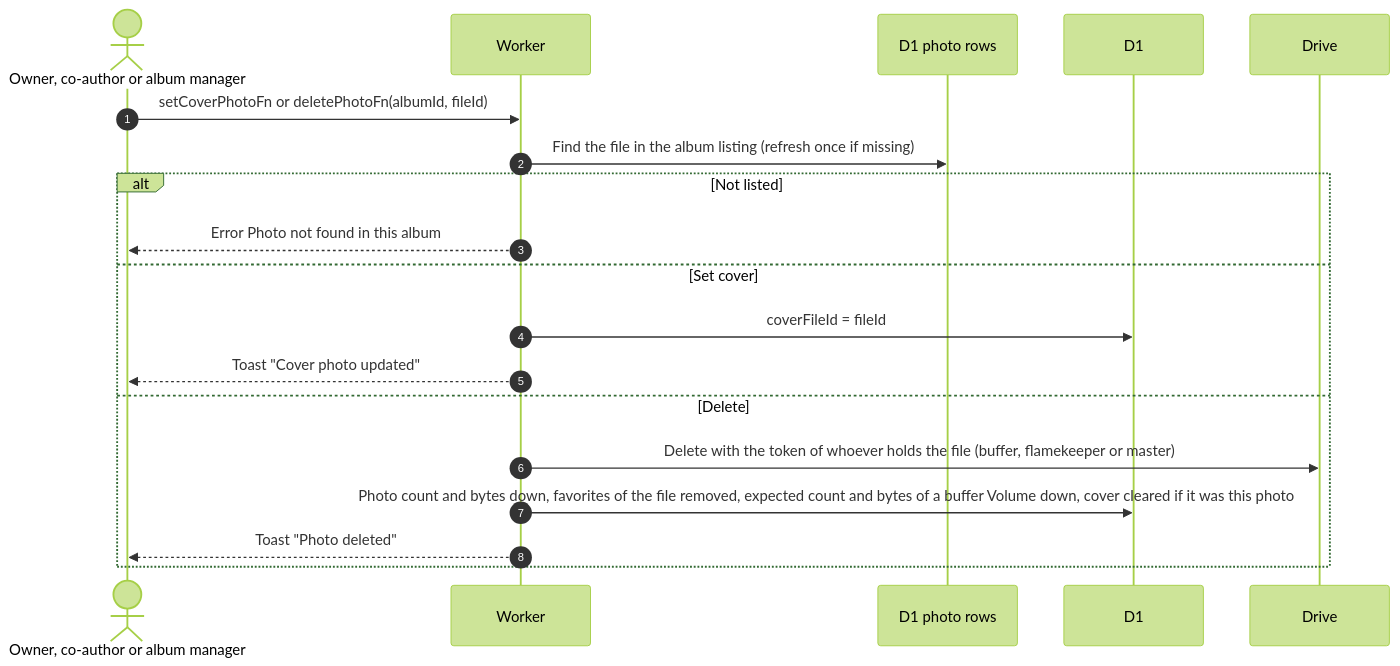
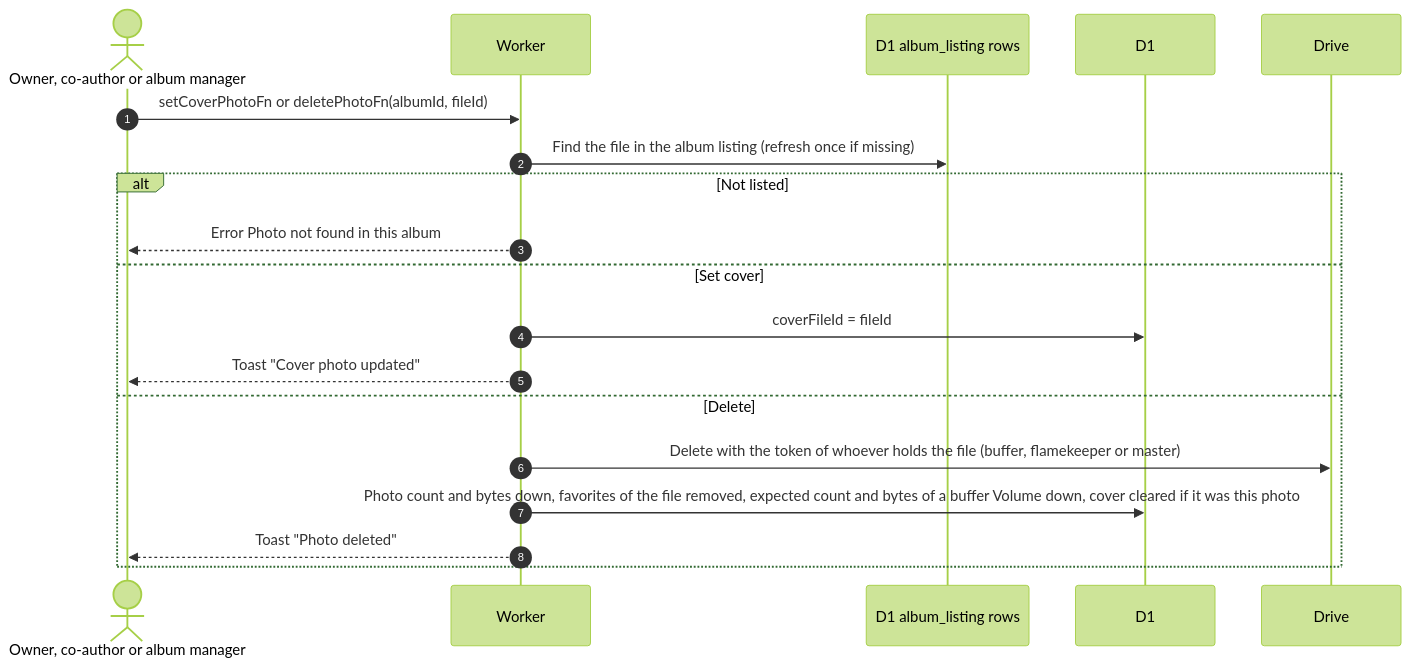
The first of 2 diagrams in docs/scenarios/member/albums/photos.md (sagyzdop/meriksirat), drawn with Mermaid (forest theme) before and after one commit. The commit also changed 13 other files, not shown here.

Commit message:
docs: document album_listing and move kv scenarios to state

````diff
--- a/docs/scenarios/member/albums/photos.md
+++ b/docs/scenarios/member/albums/photos.md
@@ -9,21 +9,21 @@
 ```mermaid
 sequenceDiagram
     autonumber
     actor M as Owner, co-author or album manager
     participant W as Worker
-    participant K as D1 photo rows
+    participant K as D1 album_listing rows
     participant D as D1
     participant G as Drive
     M->>W: setCoverPhotoFn or deletePhotoFn(albumId, fileId)
     W->>K: Find the file in the album listing (refresh once if missing)
     alt Not listed
         W-->>M: Error Photo not found in this album
     else Set cover
         W->>D: coverFileId = fileId
         W-->>M: Toast "Cover photo updated"
     else Delete
         W->>G: Delete with the token of whoever holds the file (buffer, flamekeeper or master)
         W->>D: Photo count and bytes down, favorites of the file removed, expected count and bytes of a buffer Volume down, cover cleared if it was this photo
         W-->>M: Toast "Photo deleted"
     end
 ```
````
